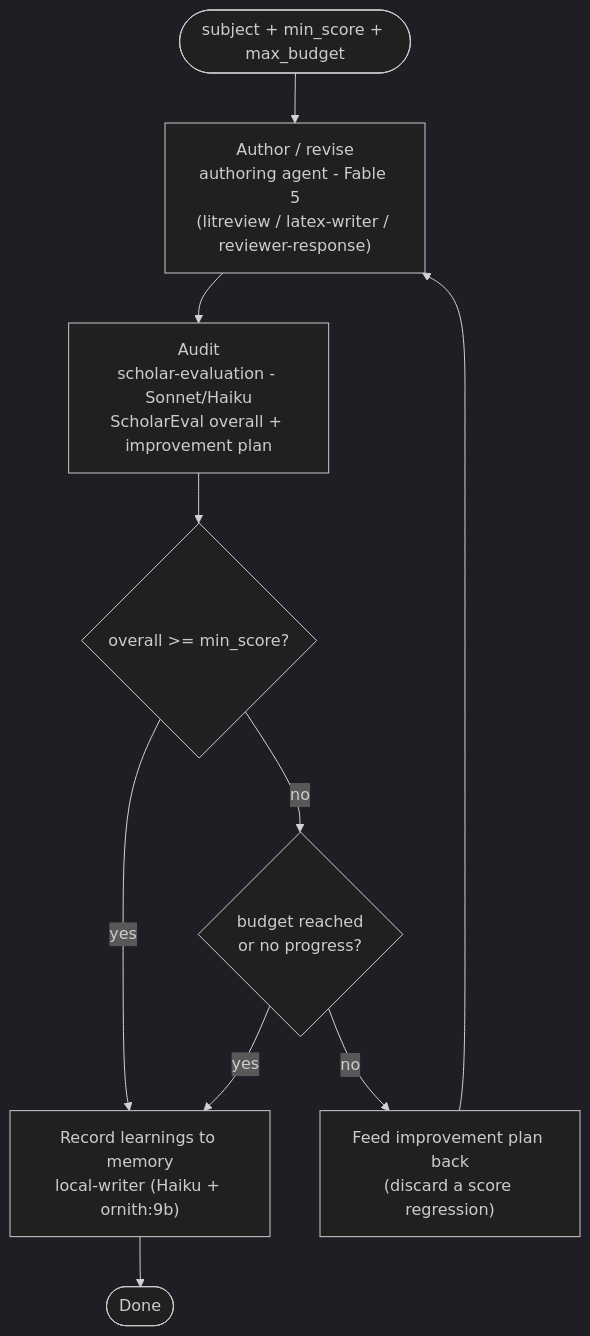
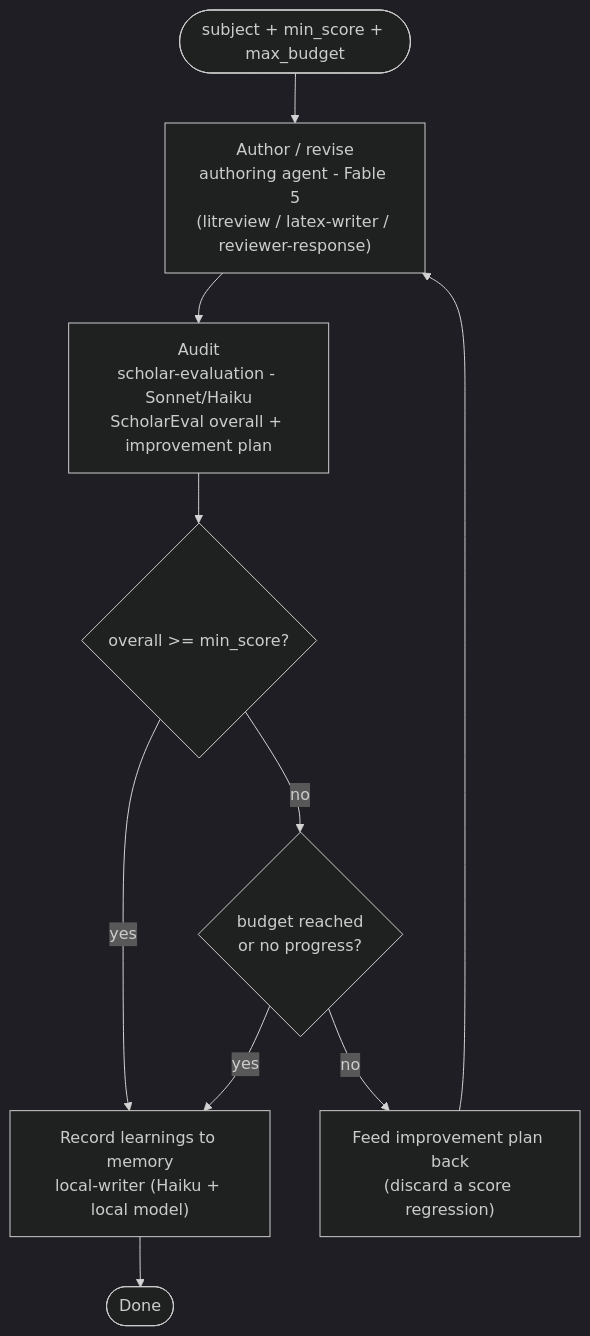
Before and after one commit to LARi-UQAC/ResearchTools: the seventh of 7 diagrams in Architecture.md, drawn with Mermaid (dark theme). The commit also changed other lines of this file and 32 other files, not shown here.

````diff
--- a/Architecture.md
+++ b/Architecture.md
@@ -415,12 +424,12 @@
 ```mermaid
 flowchart TD
   S([subject + min_score + max_budget]) --> A["Author / revise<br/>authoring agent - Fable 5<br/>(litreview / latex-writer / reviewer-response)"]
   A --> AU["Audit<br/>scholar-evaluation - Sonnet/Haiku<br/>ScholarEval overall + improvement plan"]
   AU --> G{"overall >= min_score?"}
-  G -->|"yes"| M["Record learnings to memory<br/>local-writer (Haiku + ornith:9b)"]
+  G -->|"yes"| M["Record learnings to memory<br/>local-writer (Haiku + local model)"]
   M --> DONE([Done])
   G -->|"no"| B{"budget reached<br/>or no progress?"}
   B -->|"yes"| M
   B -->|"no"| R["Feed improvement plan back<br/>(discard a score regression)"]
   R --> A
 ```
````
